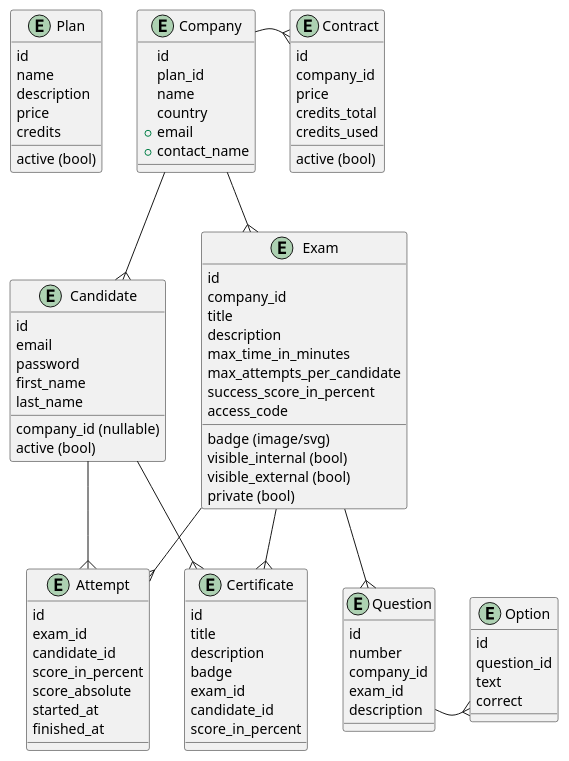
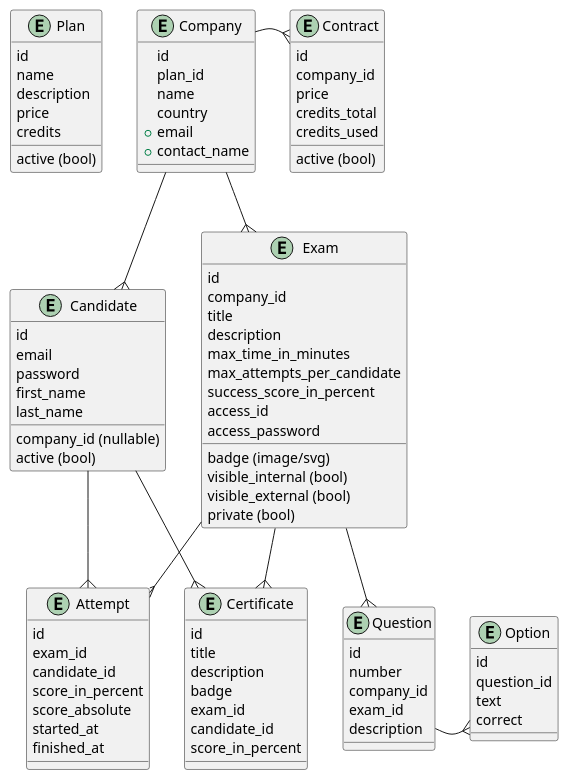
The diagram in database.puml (danielarcher/mymicrocerts), drawn with PlantUML before and after one commit. The commit also changed 7 other files, not shown here.

```diff
--- a/database.puml
+++ b/database.puml
@@ -1,100 +1,101 @@
 @startuml
 entity Plan {
     id
     name
     description
     price
     credits
     active (bool)
 }
 entity Contract {
     id
     company_id
     price
     credits_total
     credits_used
     active (bool)
 }
 entity Company {
     id
     plan_id
     name
     country
     +email
     +contact_name
 }
 
 entity Candidate {
     id
     company_id (nullable)
     email
     password
     first_name
     last_name
     active (bool)
 }
 
 entity Exam {
     id
     company_id
     title
     description
     badge (image/svg)
     max_time_in_minutes
     max_attempts_per_candidate
     success_score_in_percent
     visible_internal (bool)
     visible_external (bool)
     private (bool)
-    access_code
+    access_id
+    access_password
 }
 
 entity Attempt {
     id
     exam_id
     candidate_id
     score_in_percent
     score_absolute
     started_at
     finished_at
 }
 
 entity Question {
     id
     number
     company_id
     exam_id
     description
 }
 
 entity Option {
     id
     question_id
     text
     correct
 }
 
 entity Certificate {
     id
     title
     description
     badge
     exam_id
     candidate_id
     score_in_percent
 }
 
 Plan -[hidden] Company
 Company -[hidden] Contract
 Contract }-- Company
 Company --{ Candidate
 Company --{ Exam
 Exam --{ Question
 Exam --{ Attempt
 Candidate --{ Attempt
 Exam --{ Certificate
 Candidate --{ Certificate
 Question --{ Option
 Question -[hidden] Option
 
 @enduml
```
